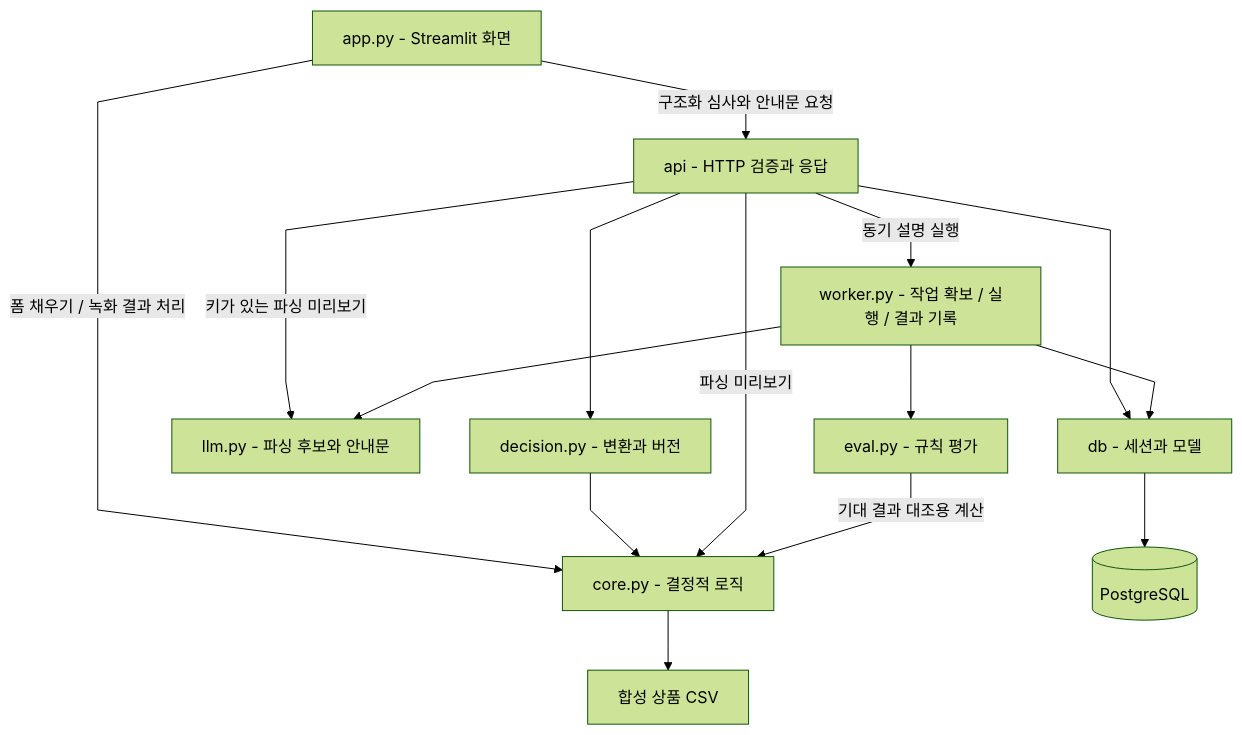
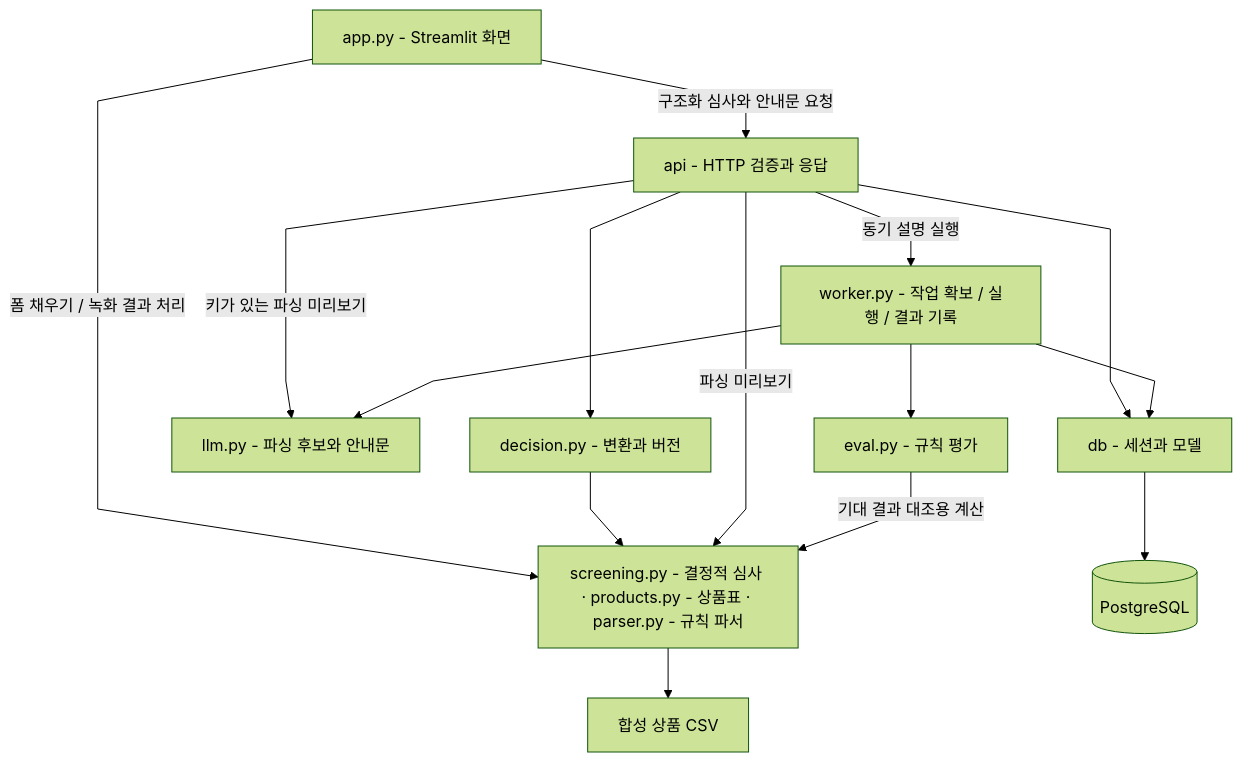
One commit to Gwangdev/loan-suitability-agent changed the second of 3 diagrams in docs/아키텍처.md. Above: the diagram before and after it, drawn with Mermaid (forest theme). The commit also changed 14 other files, not shown here.

````diff
--- a/docs/아키텍처.md
+++ b/docs/아키텍처.md
@@ -46,28 +46,28 @@
 ```mermaid
 %%{init: {"flowchart": {"curve": "linear"}}}%%
 flowchart TB
     UI[app.py - Streamlit 화면]
     Routes[api - HTTP 검증과 응답]
     Decision[decision.py - 변환과 버전]
-    Core[core.py - 결정적 로직]
+    Core[screening.py - 결정적 심사 · products.py - 상품표 · parser.py - 규칙 파서]
     CSV[합성 상품 CSV]
     Runner[worker.py - 작업 확보 / 실행 / 결과 기록]
     LLM[llm.py - 파싱 후보와 안내문]
     Eval[eval.py - 규칙 평가]
     ORM[db - 세션과 모델]
     DB[(PostgreSQL)]
     UI -->|구조화 심사와 안내문 요청| Routes
     UI -->|폼 채우기 / 녹화 결과 처리| Core
     Routes --> Decision
     Decision --> Core
     Core --> CSV
     Routes -->|파싱 미리보기| Core
     Routes -->|키가 있는 파싱 미리보기| LLM
     Routes -->|동기 설명 실행| Runner
     Routes --> ORM
     Runner --> ORM
     Runner --> LLM
     Runner --> Eval
     Eval -->|기대 결과 대조용 계산| Core
     ORM --> DB
 ```
````
